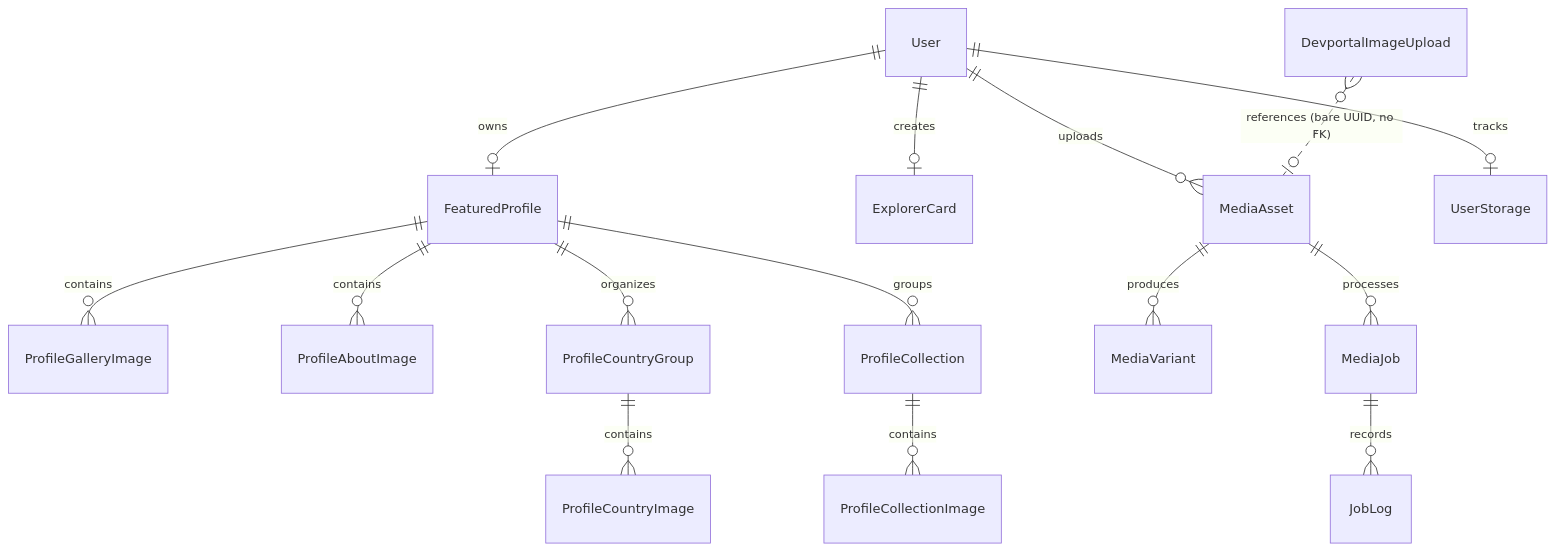
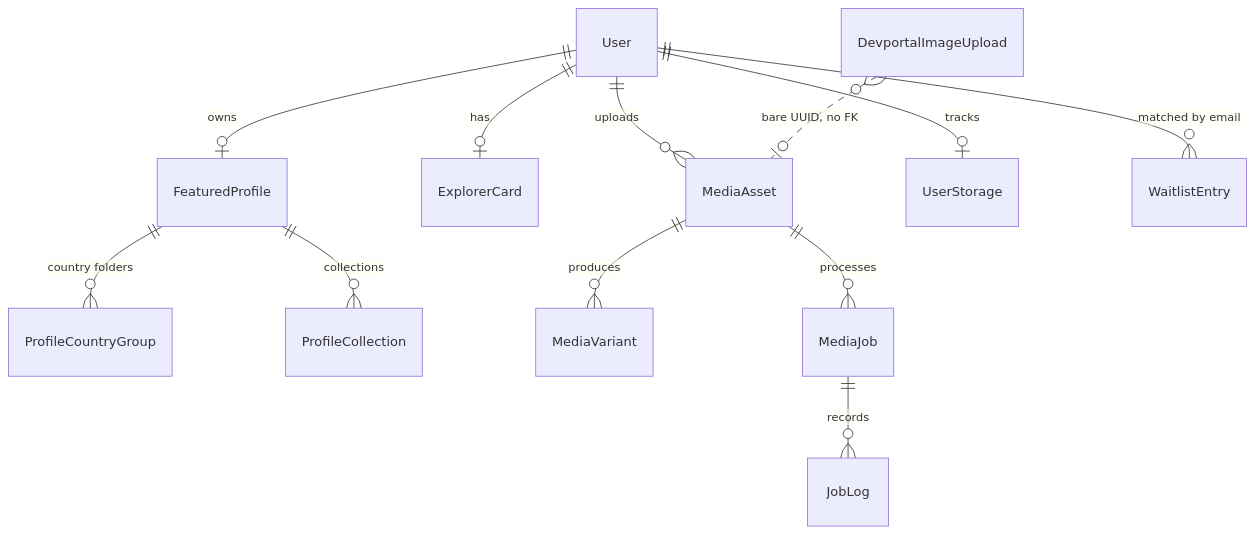
Before and after one commit to ss-travingat/devportal: the third of 3 diagrams in src/docs/Techstack.md, drawn with Mermaid. The commit also changed other lines of this file and 7 other files, not shown here.

````diff
--- a/src/docs/Techstack.md
+++ b/src/docs/Techstack.md
@@ -190,20 +170,14 @@
 ```mermaid
 erDiagram
     User ||--o| FeaturedProfile : owns
-    User ||--o| ExplorerCard : creates
+    User ||--o| ExplorerCard : has
     User ||--o{ MediaAsset : uploads
     User ||--o| UserStorage : tracks
-
-    FeaturedProfile ||--o{ ProfileGalleryImage : contains
-    FeaturedProfile ||--o{ ProfileAboutImage : contains
-    FeaturedProfile ||--o{ ProfileCountryGroup : organizes
-    ProfileCountryGroup ||--o{ ProfileCountryImage : contains
-    FeaturedProfile ||--o{ ProfileCollection : groups
-    ProfileCollection ||--o{ ProfileCollectionImage : contains
-
+    User ||--o{ WaitlistEntry : "matched by email"
+    FeaturedProfile ||--o{ ProfileCountryGroup : "country folders"
+    FeaturedProfile ||--o{ ProfileCollection : collections
     MediaAsset ||--o{ MediaVariant : produces
     MediaAsset ||--o{ MediaJob : processes
     MediaJob ||--o{ JobLog : records
-
-    DevportalImageUpload }o..o| MediaAsset : "references (bare UUID, no FK)"
+    DevportalImageUpload }o..o| MediaAsset : "bare UUID, no FK"
 ```
````
